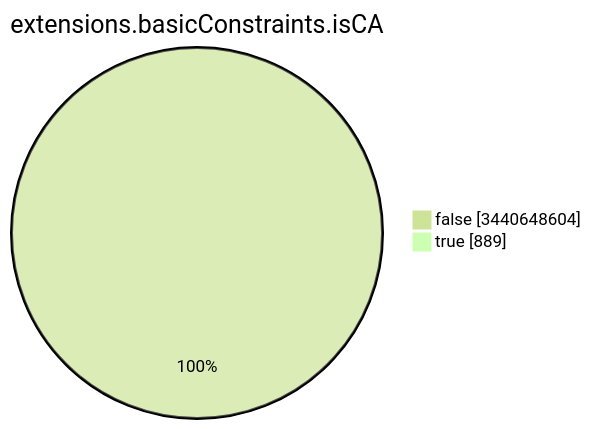
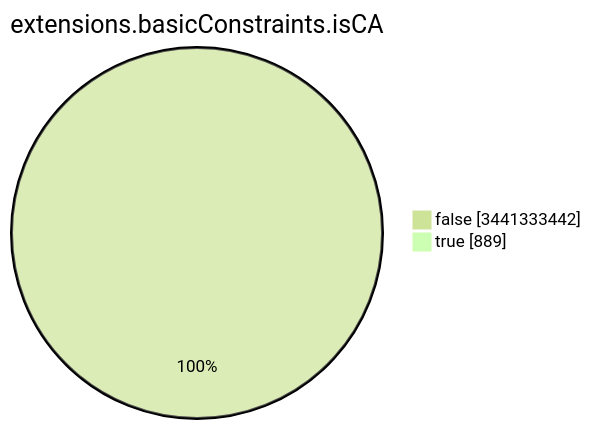
One commit to christiankrug/ctmonitor_visualization changed the seventh of 15 diagrams in TOTAL/README.md. Above: the diagram before and after it, drawn with Mermaid (forest theme). The commit also changed other lines of this file, not shown here.

````diff
--- a/TOTAL/README.md
+++ b/TOTAL/README.md
@@ -3092,6 +3092,6 @@
 ```mermaid
 pie showData
 title extensions.basicConstraints.isCA
-"false" :3440648604
+"false" :3441333442
 "true" :889
 ```
````
